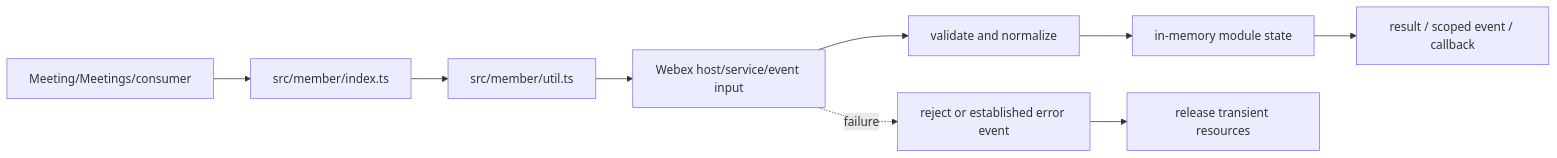
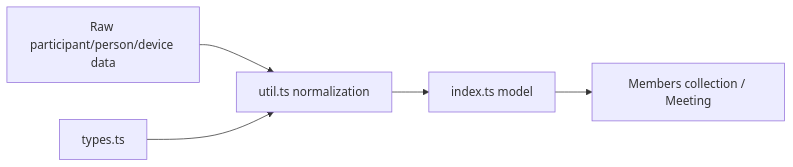
One commit to webex/webex-js-sdk changed the first of 4 diagrams in packages/@webex/plugin-meetings/src/member/ai-docs/member-spec.md. Above: the diagram before and after it, drawn with Mermaid. The commit also changed other lines of this file and 26 other files, not shown here.

````diff
--- a/packages/@webex/plugin-meetings/src/member/ai-docs/member-spec.md
+++ b/packages/@webex/plugin-meetings/src/member/ai-docs/member-spec.md
@@ -97,11 +98,7 @@
 ```mermaid
 flowchart LR
-  Caller[Meeting/Meetings/consumer] --> Entry[src/member/index.ts]
-  Entry --> Support[src/member/util.ts]
-  Support --> Remote[Webex host/service/event input]
-  Remote --> Normalize[validate and normalize]
-  Normalize --> State[in-memory module state]
-  State --> Output[result / scoped event / callback]
-  Remote -. failure .-> Error[reject or established error event]
-  Error --> Cleanup[release transient resources]
+  LocusParticipant[Raw participant/person/device data] --> Util[util.ts normalization]
+  Types[types.ts] --> Util
+  Util --> Member[index.ts model]
+  Member --> Parent[Members collection / Meeting]
 ```
````
